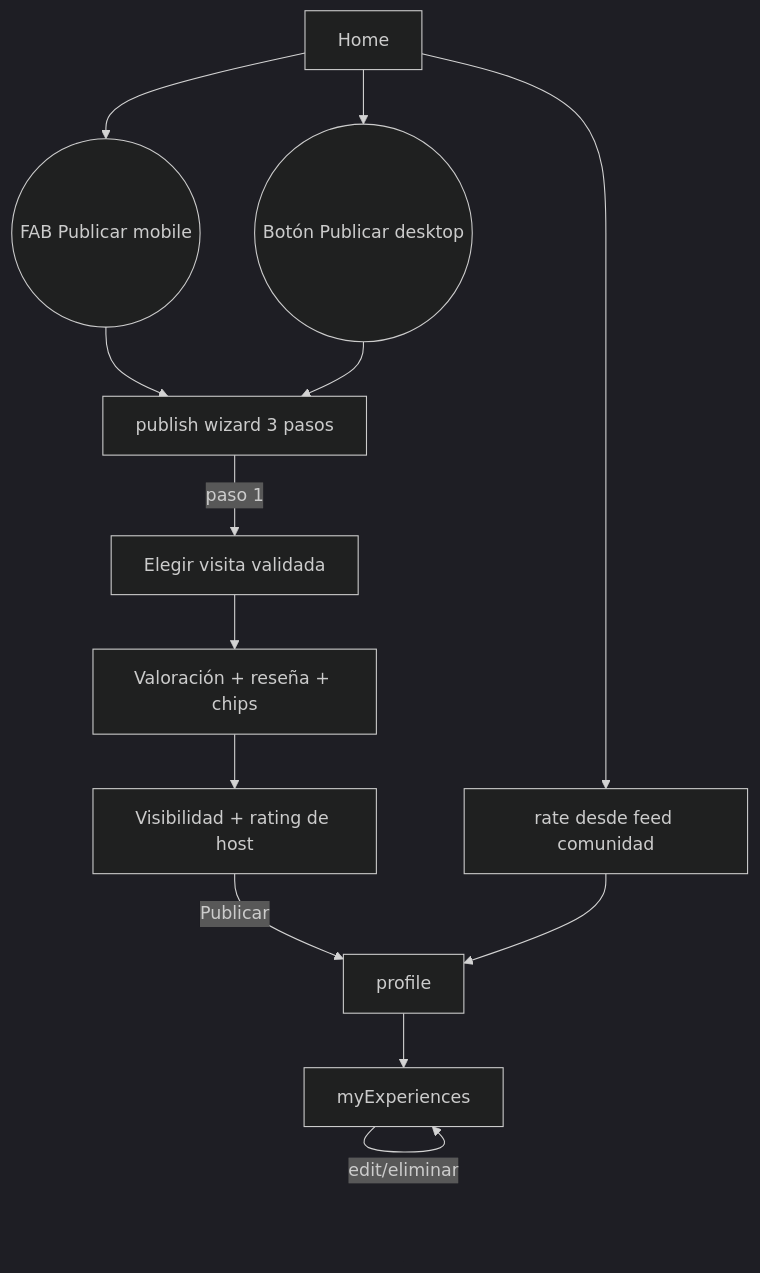
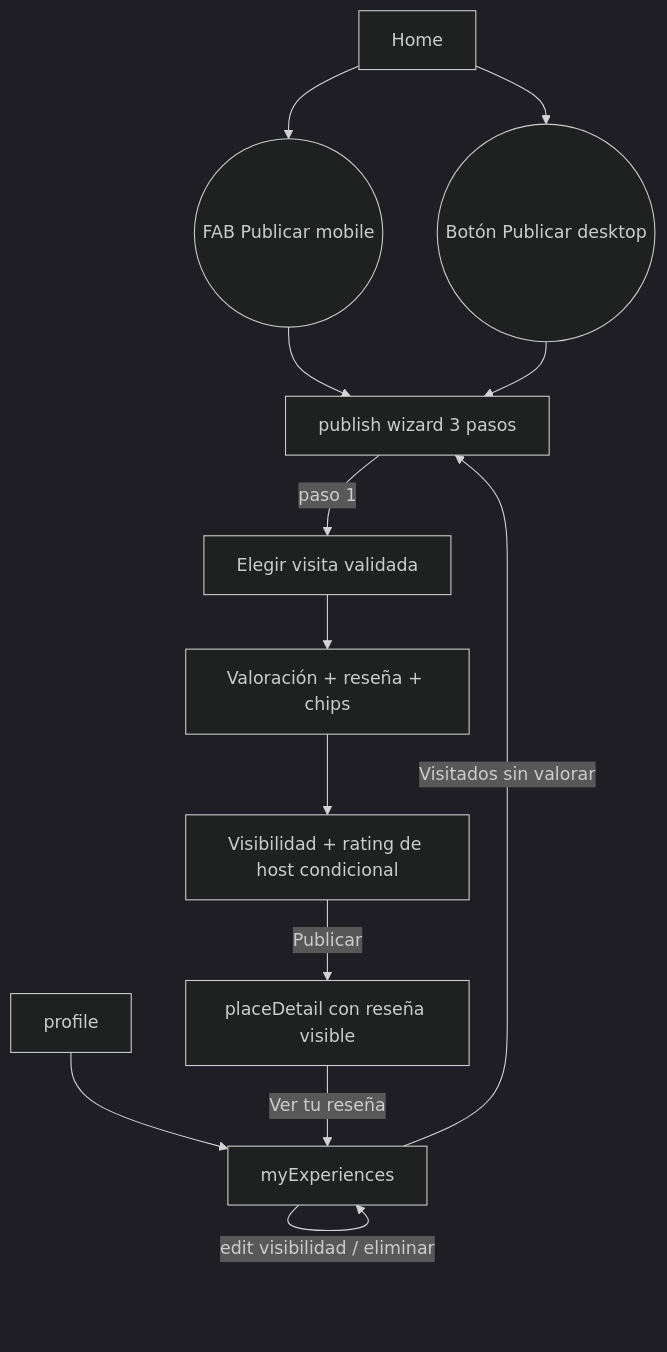
Before and after one commit to ajoaquincardozo/spota-design-from-claude-code: the sixth of 11 diagrams in entrega/mapa-navegacion.md, drawn with Mermaid (dark theme). The commit also changed other lines of this file, not shown here.

First line of the commit message:
docs: actualizo mapa-navegacion con cambios post-Sesión B+

````diff
--- a/entrega/mapa-navegacion.md
+++ b/entrega/mapa-navegacion.md
@@ -229,16 +221,15 @@
 ```mermaid
 flowchart TD
     Home --> EntryFAB((FAB Publicar mobile))
     Home --> EntryBtn((Botón Publicar desktop))
     EntryFAB --> Publish[publish wizard 3 pasos]
     EntryBtn --> Publish
     Publish -->|paso 1| P1[Elegir visita validada]
     P1 --> P2[Valoración + reseña + chips]
-    P2 --> P3[Visibilidad + rating de host]
-    P3 -->|Publicar| Profile[profile]
-    Profile --> MyExp[myExperiences]
-    MyExp -->|edit/eliminar| MyExp
-
-    Home --> Rate[rate desde feed comunidad]
-    Rate --> Profile
+    P2 --> P3[Visibilidad + rating de host condicional]
+    P3 -->|Publicar| PD[placeDetail con reseña visible]
+    Profile[profile] --> MyExp[myExperiences]
+    MyExp -->|edit visibilidad / eliminar| MyExp
+    MyExp -->|Visitados sin valorar| Publish
+    PD -->|Ver tu reseña| MyExp
 ```
````
